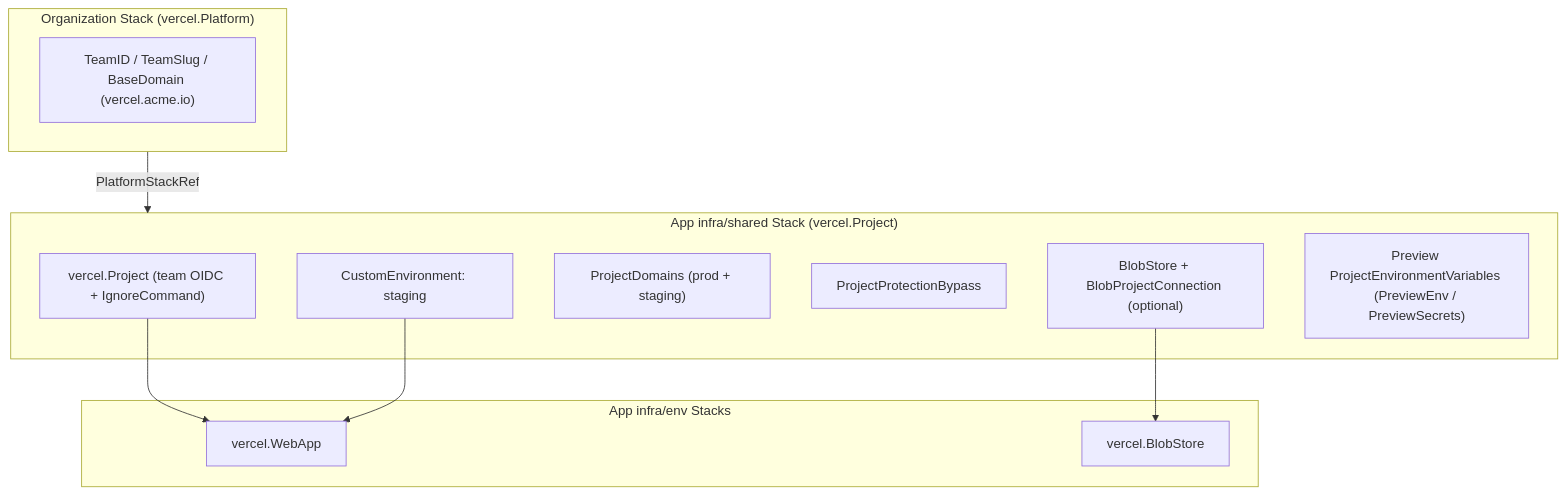
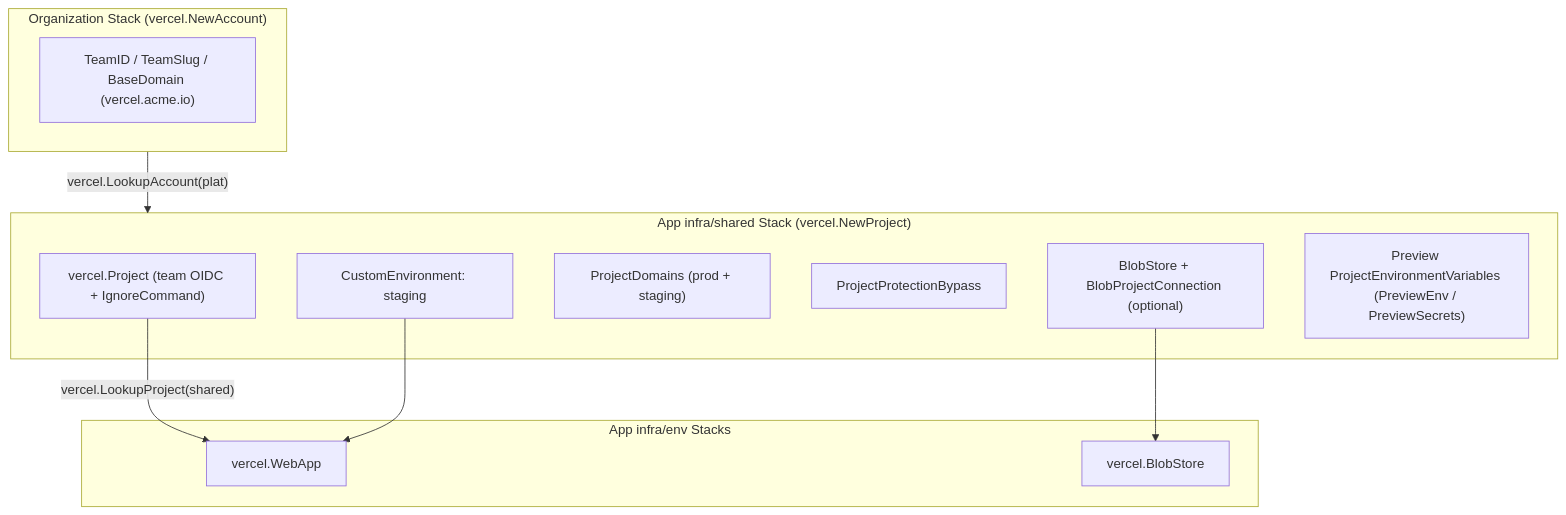
Before and after one commit to cloudvoyant/openbase: the first of 2 diagrams in docs/architecture/providers/vercel/index.md, drawn with Mermaid. The commit also changed other lines of this file and 64 other files, not shown here.

First line of the commit message:
refactor(components): adopt NewAccount and typed cross-stack lookups

````diff
--- a/docs/architecture/providers/vercel/index.md
+++ b/docs/architecture/providers/vercel/index.md
@@ -26,25 +26,25 @@
 ```mermaid
 flowchart TD
-    subgraph Org["Organization Stack (vercel.Platform)"]
+    subgraph Org["Organization Stack (vercel.NewAccount)"]
         TeamCfg["TeamID / TeamSlug / BaseDomain (vercel.acme.io)"]
     end
 
-    subgraph App["App infra/shared Stack (vercel.Project)"]
+    subgraph App["App infra/shared Stack (vercel.NewProject)"]
         VProj["vercel.Project (team OIDC + IgnoreCommand)"]
         StageCE["CustomEnvironment: staging"]
         Doms["ProjectDomains (prod + staging)"]
         Bypass["ProjectProtectionBypass"]
         BlobRoot["BlobStore + BlobProjectConnection (optional)"]
         PrevSeed["Preview ProjectEnvironmentVariables (PreviewEnv / PreviewSecrets)"]
     end
 
     subgraph Env["App infra/env Stacks"]
         Web["vercel.WebApp"]
         BlobEnv["vercel.BlobStore"]
     end
 
-    Org -->|"PlatformStackRef"| App
-    VProj --> Web
+    Org -->|"vercel.LookupAccount(plat)"| App
+    VProj -->|"vercel.LookupProject(shared)"| Web
     StageCE --> Web
     BlobRoot --> BlobEnv
 ```
````
